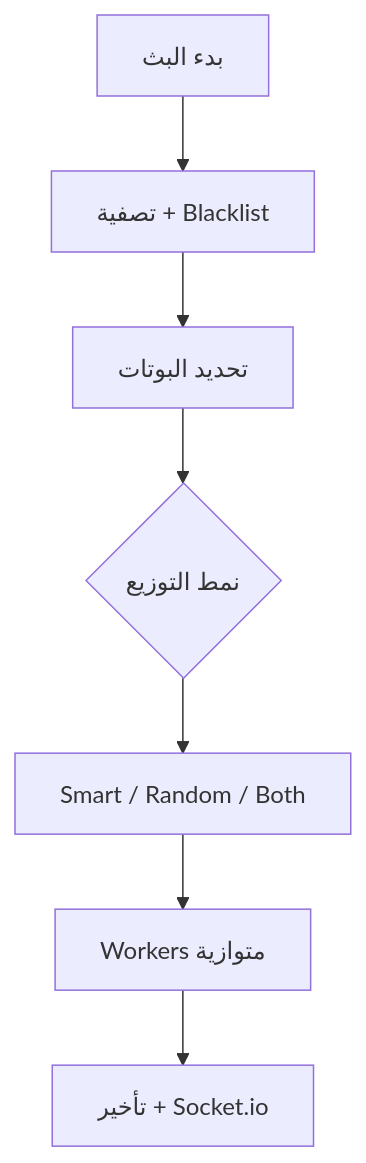
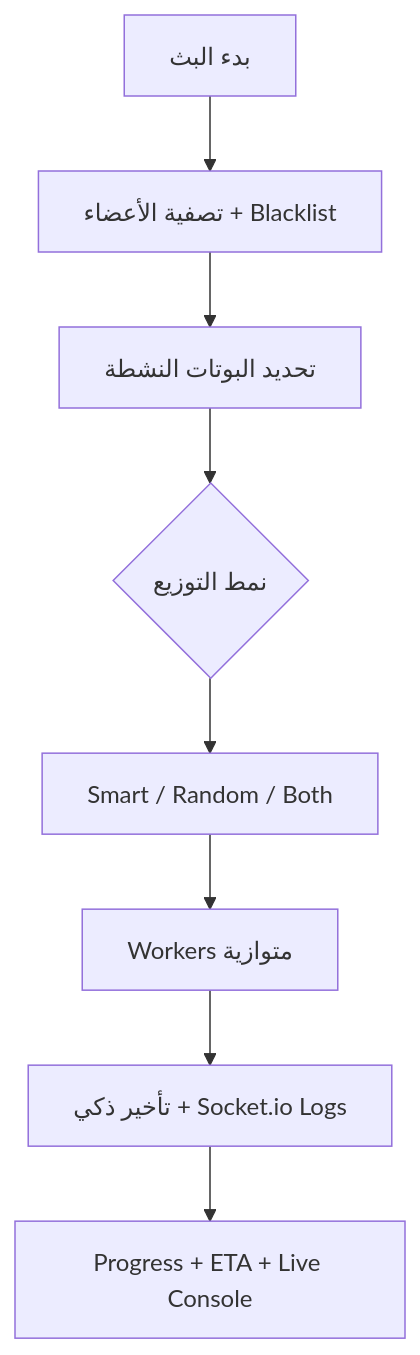
One commit to kaennn9/Discord-Broadcast-System changed the diagram in README.md. Above: the diagram before and after it, drawn with Mermaid. The commit also changed other lines of this file, not shown here.

````diff
--- a/README.md
+++ b/README.md
@@ -108,9 +117,10 @@
 ```mermaid
 graph TD
-    A[بدء البث] --> B[تصفية + Blacklist]
-    B --> C[تحديد البوتات]
+    A[بدء البث] --> B[تصفية الأعضاء + Blacklist]
+    B --> C[تحديد البوتات النشطة]
     C --> D{نمط التوزيع}
     D --> E[Smart / Random / Both]
     E --> F[Workers متوازية]
-    F --> G[تأخير + Socket.io]
+    F --> G[تأخير ذكي + Socket.io Logs]
+    G --> H[Progress + ETA + Live Console]
 ```
````
